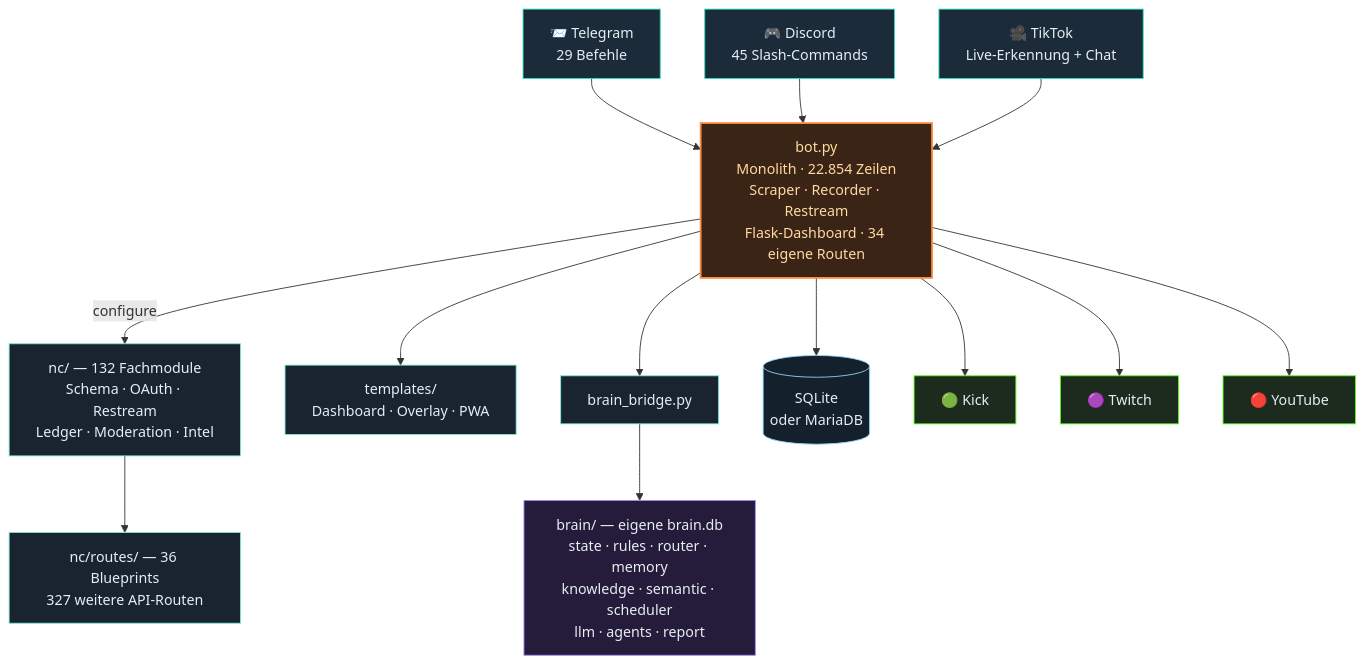
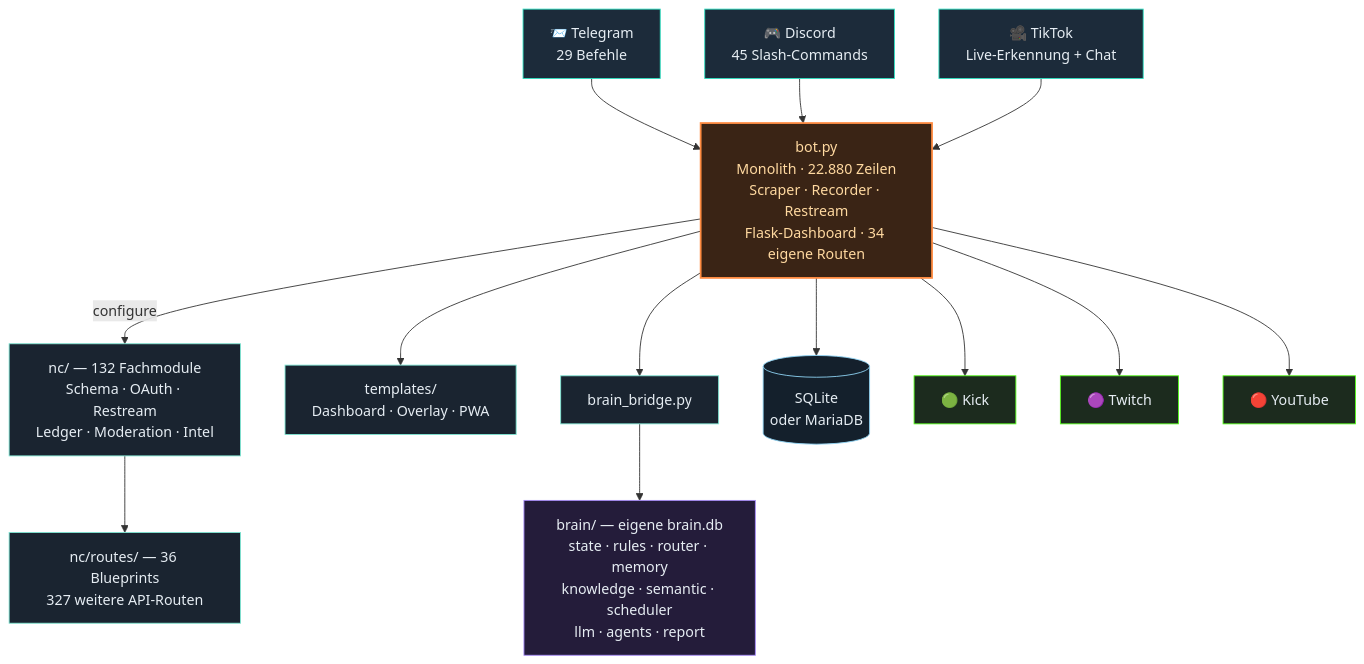
One commit to itsamemedev/Telegram-Stream-Info-Bot changed the third of 4 diagrams in README.md. Above: the diagram before and after it, drawn with Mermaid. The commit also changed other lines of this file and 6 other files, not shown here.

````diff
--- a/README.md
+++ b/README.md
@@ -189,30 +189,30 @@
 ```mermaid
 flowchart TB
     TG["📨 Telegram<br/>29 Befehle"]:::ein
     DC["🎮 Discord<br/>45 Slash-Commands"]:::ein
     TT["🎥 TikTok<br/>Live-Erkennung + Chat"]:::ein
 
     TG --> BOT
     DC --> BOT
     TT --> BOT
 
-    BOT["bot.py<br/>Monolith · 22.854 Zeilen<br/>Scraper · Recorder · Restream<br/>Flask-Dashboard · 34 eigene Routen"]:::core
+    BOT["bot.py<br/>Monolith · 22.880 Zeilen<br/>Scraper · Recorder · Restream<br/>Flask-Dashboard · 34 eigene Routen"]:::core
 
     BOT -->|configure| NC["nc/ — 132 Fachmodule<br/>Schema · OAuth · Restream<br/>Ledger · Moderation · Intel"]:::lib
     NC --> RT["nc/routes/ — 36 Blueprints<br/>327 weitere API-Routen"]:::lib
     BOT --> TPL["templates/<br/>Dashboard · Overlay · PWA"]:::lib
     BOT --> BR["brain_bridge.py"]:::lib
     BR --> BRAIN["brain/ — eigene brain.db<br/>state · rules · router · memory<br/>knowledge · semantic · scheduler<br/>llm · agents · report"]:::brain
     BOT --> DB[("SQLite<br/>oder MariaDB")]:::db
 
     BOT --> KICK["🟢 Kick"]:::out
     BOT --> TW["🟣 Twitch"]:::out
     BOT --> YT["🔴 YouTube"]:::out
 
     classDef ein fill:#1c2b3a,stroke:#2de1c2,color:#e6edf3
     classDef core fill:#3a2415,stroke:#ff8c42,stroke-width:2px,color:#ffd9a0
     classDef lib fill:#1a2430,stroke:#7fe7d4,color:#e6edf3
     classDef brain fill:#241c3a,stroke:#a78bfa,color:#e6edf3
     classDef db fill:#14202c,stroke:#8fd3f4,color:#e6edf3
     classDef out fill:#1c2b1e,stroke:#53fc18,color:#e6edf3
 ```
````
